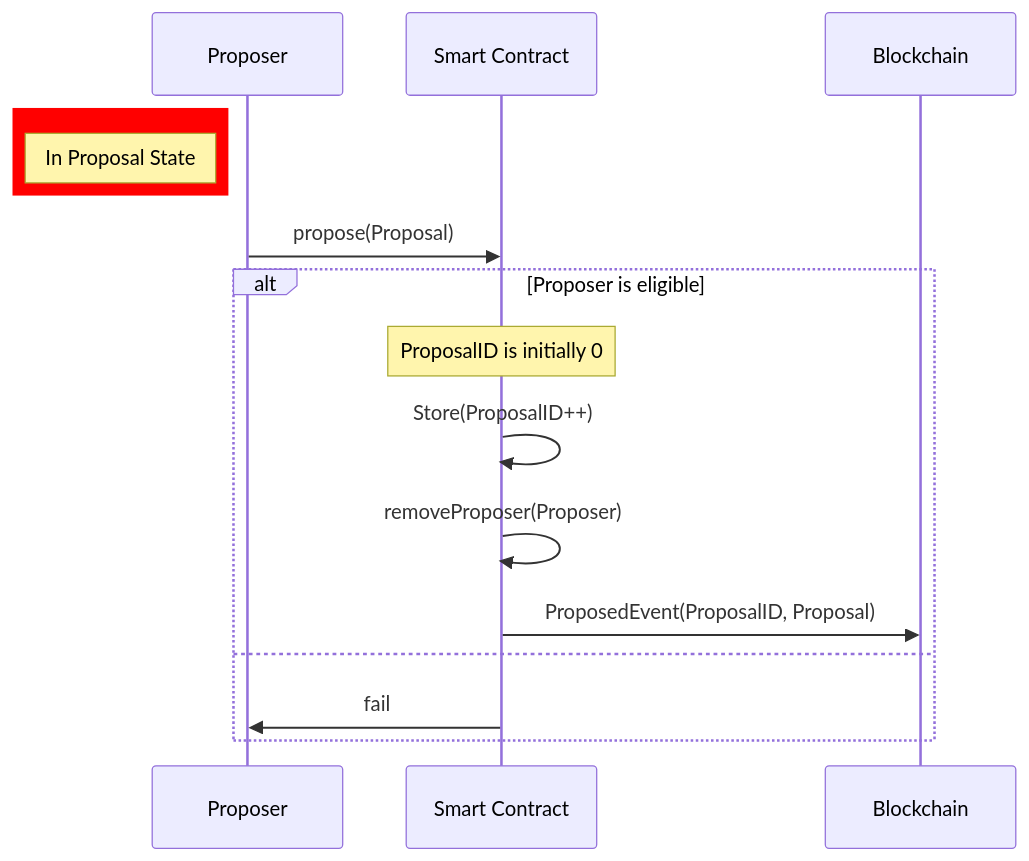
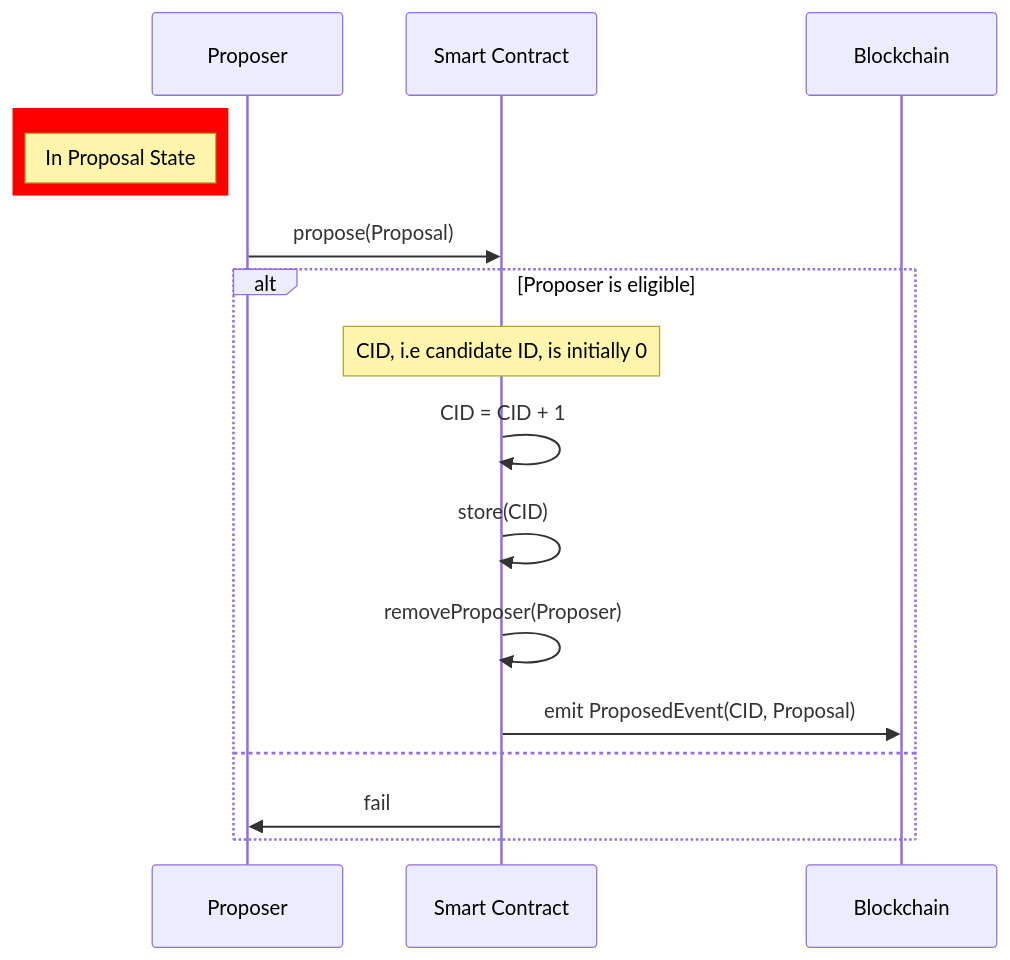
Before and after one commit to ceyonur/electanon: the diagram in docs/flows/basic/proposal.mmd, drawn with Mermaid. The commit also changed 145 other files, not shown here.

```diff
--- a/docs/flows/basic/proposal.mmd
+++ b/docs/flows/basic/proposal.mmd
@@ -1,16 +1,17 @@
 sequenceDiagram
 participant Proposer
 participant SC as Smart Contract
 participant BC as Blockchain
 rect rgb(255, 0, 0)
 note left of Proposer: In Proposal State
 end
 Proposer ->> SC: propose(Proposal)
 alt Proposer is eligible
-  note over SC,SC: ProposalID is initially 0
-  SC ->> SC: Store(ProposalID++)
+  note over SC,SC: CID, i.e candidate ID, is initially 0
+  SC ->> SC: CID = CID + 1
+  SC ->> SC: store(CID)
   SC ->> SC: removeProposer(Proposer)
-  SC ->> BC: ProposedEvent(ProposalID, Proposal)
+  SC ->> BC: emit ProposedEvent(CID, Proposal)
 else
   SC ->> Proposer: fail
 end
```
